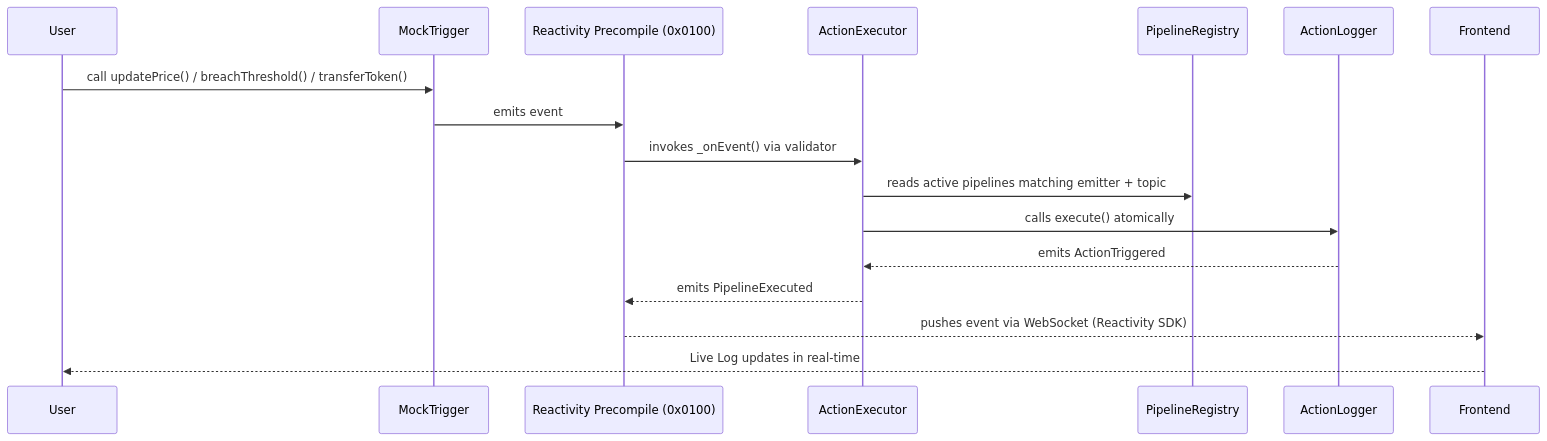
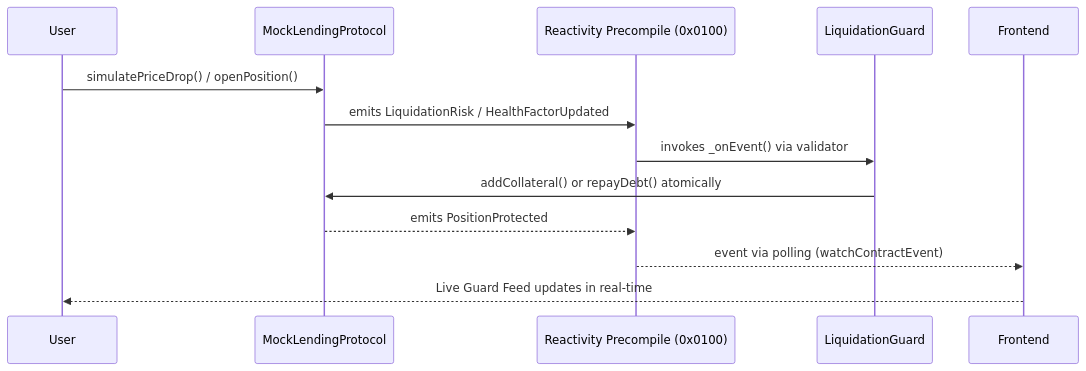
The first of 2 diagrams in README.md (Marvy247/ReactorShield), drawn with Mermaid before and after one commit. The commit also changed other lines of this file and 21 other files, not shown here.

````diff
--- a/README.md
+++ b/README.md
@@ -13,20 +19,16 @@
 ```mermaid
 sequenceDiagram
     participant User
-    participant MockTrigger
+    participant MockLendingProtocol
     participant Reactivity as Reactivity Precompile (0x0100)
-    participant ActionExecutor
-    participant PipelineRegistry
-    participant ActionLogger
+    participant LiquidationGuard
     participant Frontend
 
-    User->>MockTrigger: call updatePrice() / breachThreshold() / transferToken()
-    MockTrigger->>Reactivity: emits event
-    Reactivity->>ActionExecutor: invokes _onEvent() via validator
-    ActionExecutor->>PipelineRegistry: reads active pipelines matching emitter + topic
-    ActionExecutor->>ActionLogger: calls execute() atomically
-    ActionLogger-->>ActionExecutor: emits ActionTriggered
-    ActionExecutor-->>Reactivity: emits PipelineExecuted
-    Reactivity-->>Frontend: pushes event via WebSocket (Reactivity SDK)
-    Frontend-->>User: Live Log updates in real-time
+    User->>MockLendingProtocol: simulatePriceDrop() / openPosition()
+    MockLendingProtocol->>Reactivity: emits LiquidationRisk / HealthFactorUpdated
+    Reactivity->>LiquidationGuard: invokes _onEvent() via validator
+    LiquidationGuard->>MockLendingProtocol: addCollateral() or repayDebt() atomically
+    MockLendingProtocol-->>Reactivity: emits PositionProtected
+    Reactivity-->>Frontend: event via polling (watchContractEvent)
+    Frontend-->>User: Live Guard Feed updates in real-time
 ```
````
